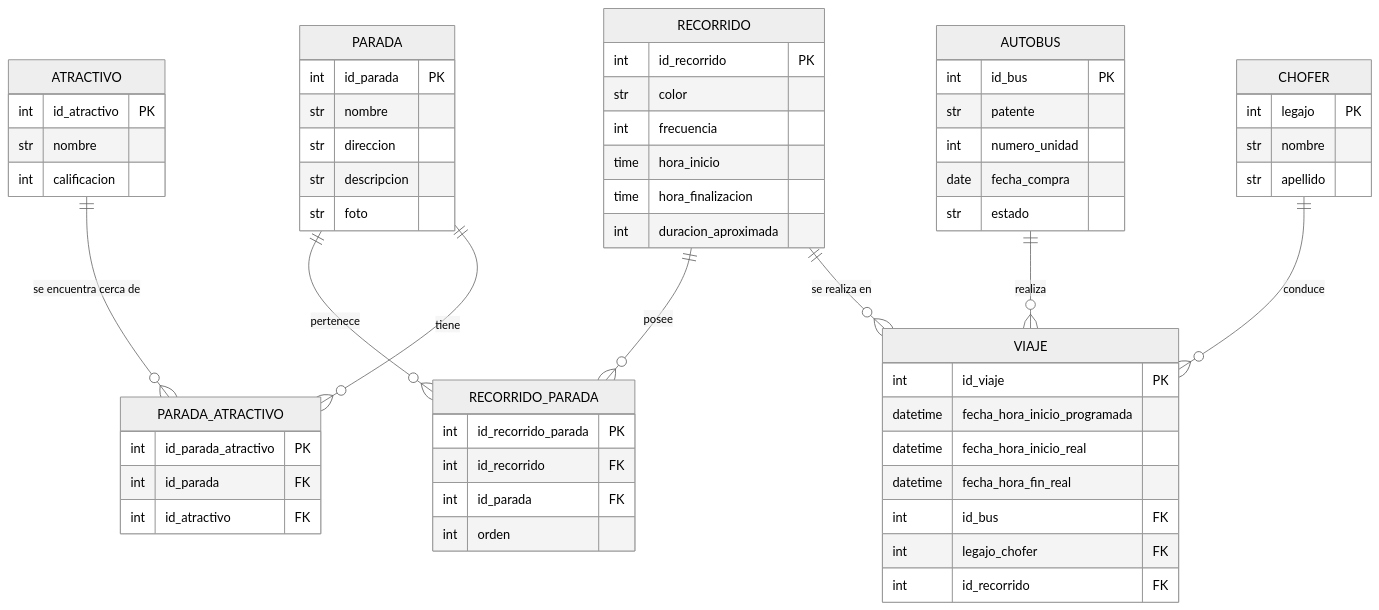
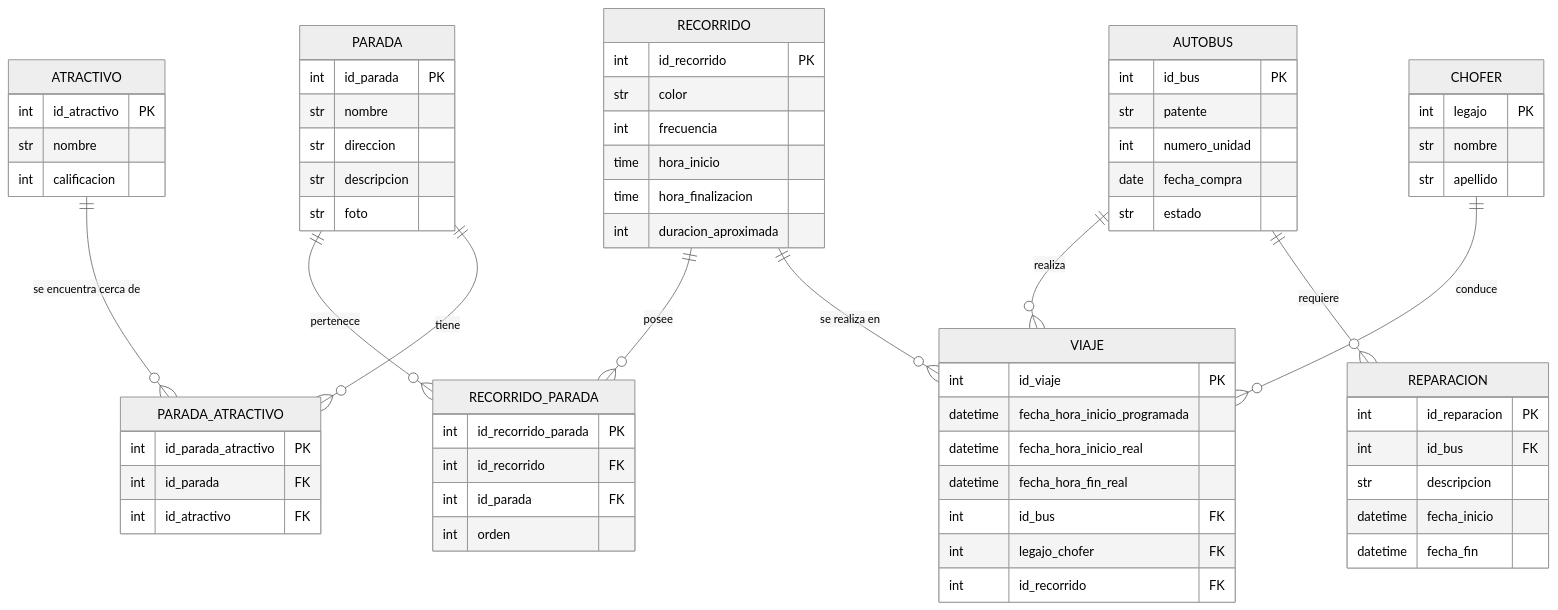
Before and after one commit to Villada-PG3/trabajo-practico-integrador-bus_turistico: the diagram in docs/derBusTuristico.mmd, drawn with Mermaid (neutral theme).

Commit message:
Agrego tabla al DER

```diff
--- a/docs/derBusTuristico.mmd
+++ b/docs/derBusTuristico.mmd
@@ -1,72 +1,80 @@
 erDiagram
     RECORRIDO_PARADA{
         int id_recorrido_parada PK
         int id_recorrido FK
         int id_parada FK
         int orden
     }
     
     PARADA_ATRACTIVO{
         int id_parada_atractivo PK
         int id_parada FK
         int id_atractivo FK
 
     }
     
     ATRACTIVO{
         int id_atractivo PK
         str nombre
         int calificacion
     }
     
     PARADA{
         int id_parada PK
         str nombre
         str direccion
         str descripcion
         str foto
     }
 
     RECORRIDO{
         int id_recorrido PK
         str color
         int frecuencia
         time hora_inicio
         time hora_finalizacion
         int duracion_aproximada
     }
 
     VIAJE{
         int id_viaje PK
         datetime fecha_hora_inicio_programada
         datetime fecha_hora_inicio_real
         datetime fecha_hora_fin_real
         int id_bus FK
         int legajo_chofer FK
         int id_recorrido FK
     }
 
     AUTOBUS{
         int id_bus PK
         str patente
         int numero_unidad
         date fecha_compra
         str estado
     }
     
     CHOFER{
         int legajo PK
         str nombre
         str apellido
     }
 
+    REPARACION {
+        int id_reparacion PK
+        int id_bus FK
+        str descripcion
+        datetime fecha_inicio
+        datetime fecha_fin
+    }
 
 %%RELACIONES:
 
 RECORRIDO ||--o{ RECORRIDO_PARADA : "posee"
 PARADA ||--o{ RECORRIDO_PARADA : "pertenece"
 PARADA ||--o{ PARADA_ATRACTIVO : "tiene"
 ATRACTIVO ||--o{ PARADA_ATRACTIVO : "se encuentra cerca de"
 RECORRIDO ||--o{ VIAJE : "se realiza en"
 AUTOBUS ||--o{ VIAJE : "realiza"
 CHOFER ||--o{ VIAJE : "conduce"
+AUTOBUS ||--o{ REPARACION : "requiere"
```
